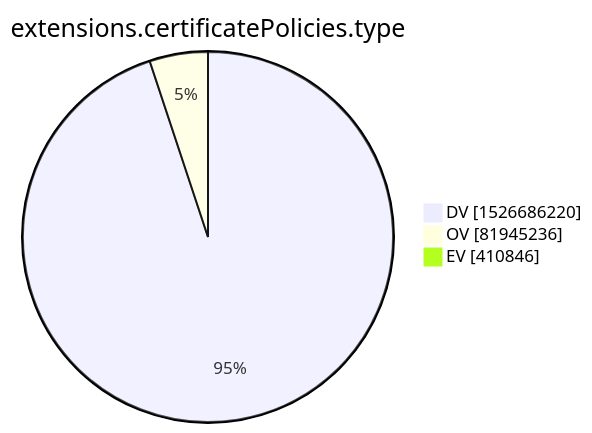
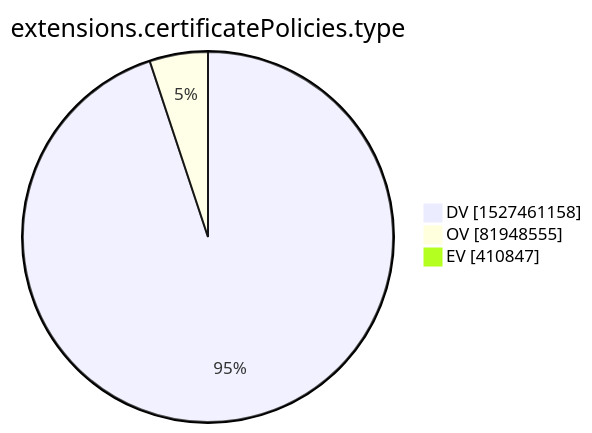
The tenth of 15 diagrams in xenon2022/README.md (christiankrug/ctmonitor_visualization), drawn with Mermaid before and after one commit. The commit also changed other lines of this file, not shown here.

````diff
--- a/xenon2022/README.md
+++ b/xenon2022/README.md
@@ -2875,7 +2875,7 @@
 ```mermaid
 pie showData
 title extensions.certificatePolicies.type
-"DV" :1526686220
-"OV" :81945236
-"EV" :410846
+"DV" :1527461158
+"OV" :81948555
+"EV" :410847
 ```
````
